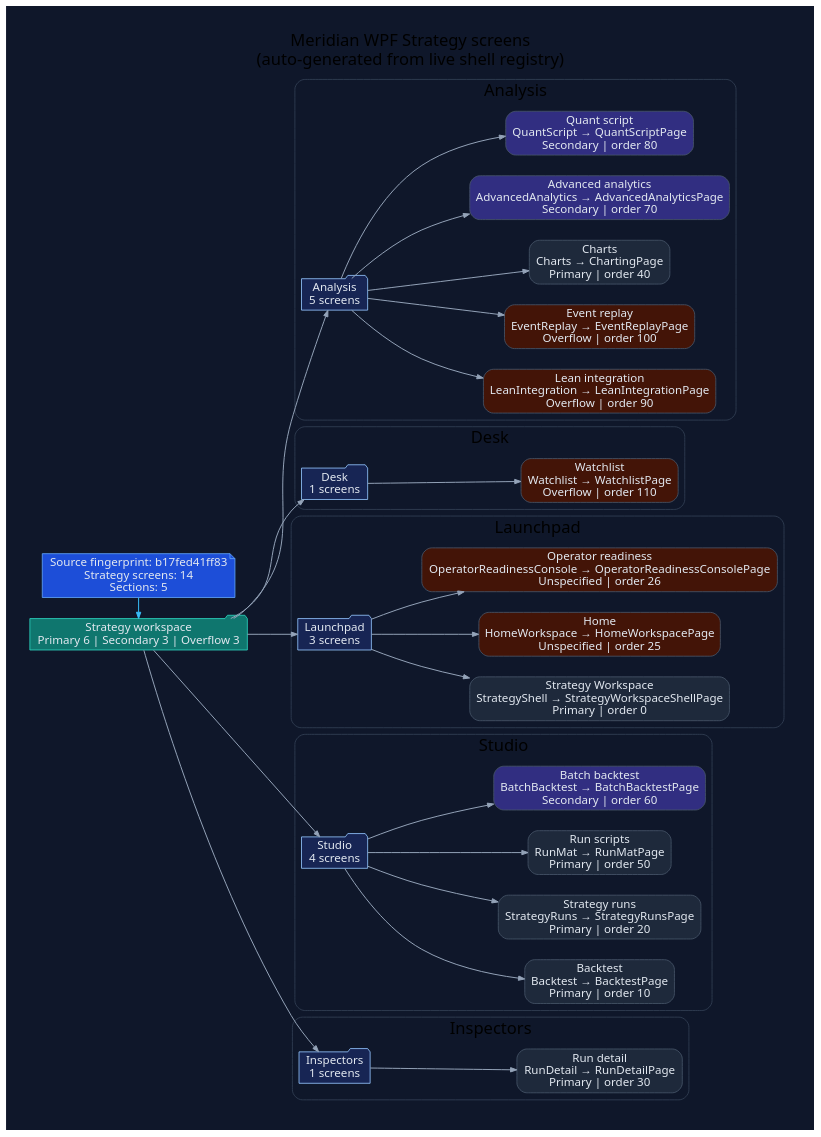
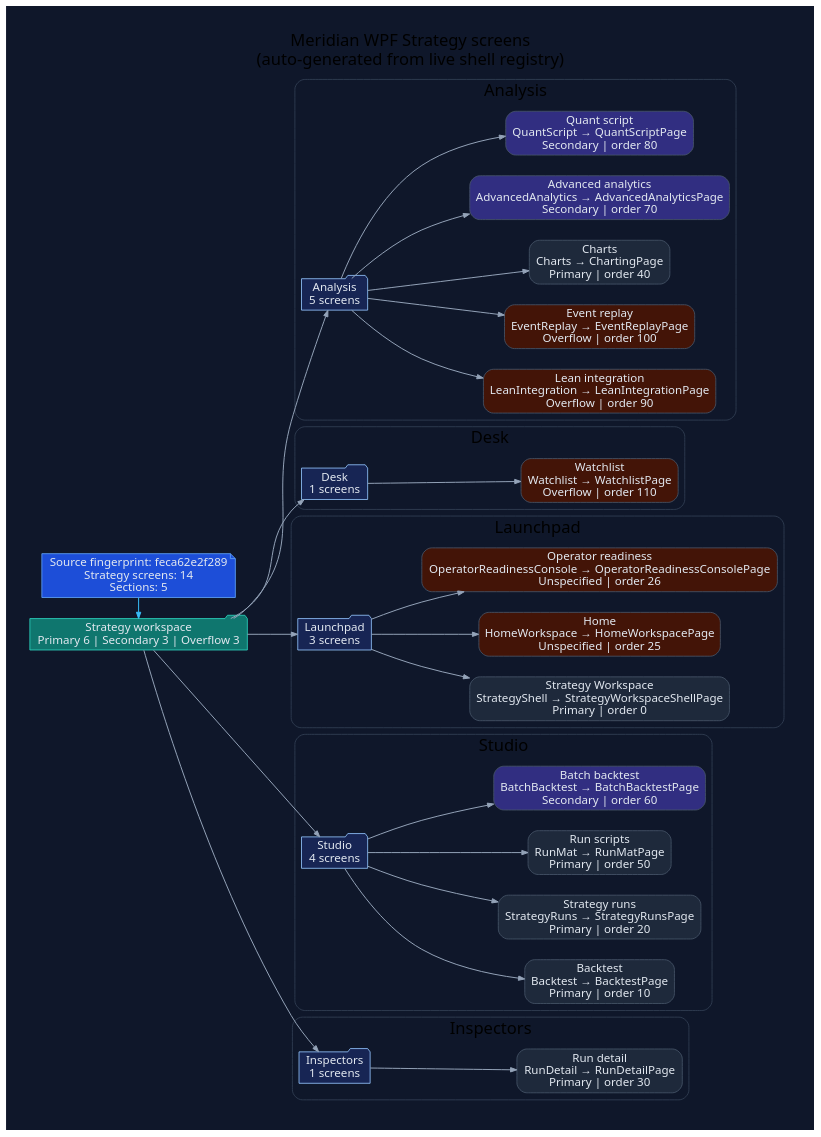
Before and after one commit to rodoHasArrived/Meridian-main: the diagram in docs/diagrams/ui/ui-wpf-screens-strategy.dot, drawn with Graphviz. The commit also changed 46 other files, not shown here.

Commit message:
Refresh generated lifecycle API documentation and diagrams

```diff
--- a/docs/diagrams/ui/ui-wpf-screens-strategy.dot
+++ b/docs/diagrams/ui/ui-wpf-screens-strategy.dot
@@ -1,94 +1,94 @@
 // -----------------------------------------------------------------------------
 // <auto-generated>
 // Generated by scripts/generate-diagrams.mjs.
 // Do not edit this file directly; update the WPF source files instead.
 // -----------------------------------------------------------------------------
 digraph WpfStrategyScreens {
   graph [
     rankdir=LR,
     labelloc=t,
     label="Meridian WPF Strategy screens\n(auto-generated from live shell registry)",
     fontname="Segoe UI",
     fontsize=20,
     pad=0.4,
     nodesep=0.35,
     ranksep=0.85,
     bgcolor="#0f172a"
   ];
   node [fontname="Segoe UI", shape=box, style="rounded,filled", color="#475569", fontcolor="#e2e8f0", fillcolor="#1e293b"];
   edge [fontname="Segoe UI", color="#94a3b8", penwidth=1.2, arrowsize=0.75];
 
-  generated [shape=note, fillcolor="#1d4ed8", color="#60a5fa", label="Source fingerprint: b17fed41ff83\nStrategy screens: 14\nSections: 5"];
+  generated [shape=note, fillcolor="#1d4ed8", color="#60a5fa", label="Source fingerprint: feca62e2f289\nStrategy screens: 14\nSections: 5"];
   workspace [shape=folder, fillcolor="#0f766e", color="#2dd4bf", label="Strategy workspace\nPrimary 6 | Secondary 3 | Overflow 3"];
   generated -> workspace [color="#38bdf8"];
 
   subgraph cluster_section_1 {
     label="Analysis";
     color="#334155";
     style="rounded";
     section_1 [shape=folder, fillcolor="#172554", color="#93c5fd", label="Analysis\n5 screens"];
     workspace -> section_1;
     screen_LeanIntegration [fillcolor="#431407", label="Lean integration\nLeanIntegration → LeanIntegrationPage\nOverflow | order 90"];
     section_1 -> screen_LeanIntegration;
     screen_EventReplay [fillcolor="#431407", label="Event replay\nEventReplay → EventReplayPage\nOverflow | order 100"];
     section_1 -> screen_EventReplay;
     screen_Charts [fillcolor="#1e293b", label="Charts\nCharts → ChartingPage\nPrimary | order 40"];
     section_1 -> screen_Charts;
     screen_AdvancedAnalytics [fillcolor="#312e81", label="Advanced analytics\nAdvancedAnalytics → AdvancedAnalyticsPage\nSecondary | order 70"];
     section_1 -> screen_AdvancedAnalytics;
     screen_QuantScript [fillcolor="#312e81", label="Quant script\nQuantScript → QuantScriptPage\nSecondary | order 80"];
     section_1 -> screen_QuantScript;
   }
 
   subgraph cluster_section_2 {
     label="Desk";
     color="#334155";
     style="rounded";
     section_2 [shape=folder, fillcolor="#172554", color="#93c5fd", label="Desk\n1 screens"];
     workspace -> section_2;
     screen_Watchlist [fillcolor="#431407", label="Watchlist\nWatchlist → WatchlistPage\nOverflow | order 110"];
     section_2 -> screen_Watchlist;
   }
 
   subgraph cluster_section_3 {
     label="Launchpad";
     color="#334155";
     style="rounded";
     section_3 [shape=folder, fillcolor="#172554", color="#93c5fd", label="Launchpad\n3 screens"];
     workspace -> section_3;
     screen_StrategyShell [fillcolor="#1e293b", label="Strategy Workspace\nStrategyShell → StrategyWorkspaceShellPage\nPrimary | order 0"];
     section_3 -> screen_StrategyShell;
     screen_HomeWorkspace [fillcolor="#431407", label="Home\nHomeWorkspace → HomeWorkspacePage\nUnspecified | order 25"];
     section_3 -> screen_HomeWorkspace;
     screen_OperatorReadinessConsole [fillcolor="#431407", label="Operator readiness\nOperatorReadinessConsole → OperatorReadinessConsolePage\nUnspecified | order 26"];
     section_3 -> screen_OperatorReadinessConsole;
   }
 
   subgraph cluster_section_4 {
     label="Studio";
     color="#334155";
     style="rounded";
     section_4 [shape=folder, fillcolor="#172554", color="#93c5fd", label="Studio\n4 screens"];
     workspace -> section_4;
     screen_Backtest [fillcolor="#1e293b", label="Backtest\nBacktest → BacktestPage\nPrimary | order 10"];
     section_4 -> screen_Backtest;
     screen_StrategyRuns [fillcolor="#1e293b", label="Strategy runs\nStrategyRuns → StrategyRunsPage\nPrimary | order 20"];
     section_4 -> screen_StrategyRuns;
     screen_RunMat [fillcolor="#1e293b", label="Run scripts\nRunMat → RunMatPage\nPrimary | order 50"];
     section_4 -> screen_RunMat;
     screen_BatchBacktest [fillcolor="#312e81", label="Batch backtest\nBatchBacktest → BatchBacktestPage\nSecondary | order 60"];
     section_4 -> screen_BatchBacktest;
   }
 
   subgraph cluster_section_5 {
     label="Inspectors";
     color="#334155";
     style="rounded";
     section_5 [shape=folder, fillcolor="#172554", color="#93c5fd", label="Inspectors\n1 screens"];
     workspace -> section_5;
     screen_RunDetail [fillcolor="#1e293b", label="Run detail\nRunDetail → RunDetailPage\nPrimary | order 30"];
     section_5 -> screen_RunDetail;
   }
 
   { rank=min; generated; workspace; }
 }
```
